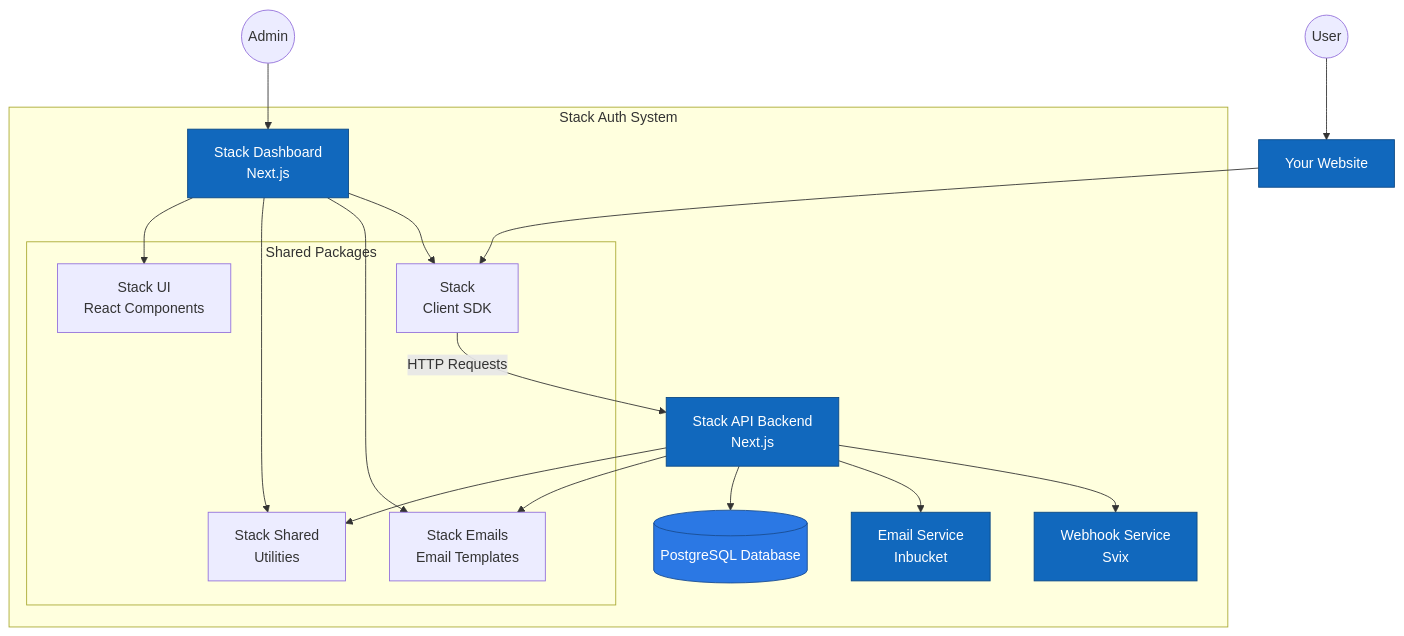
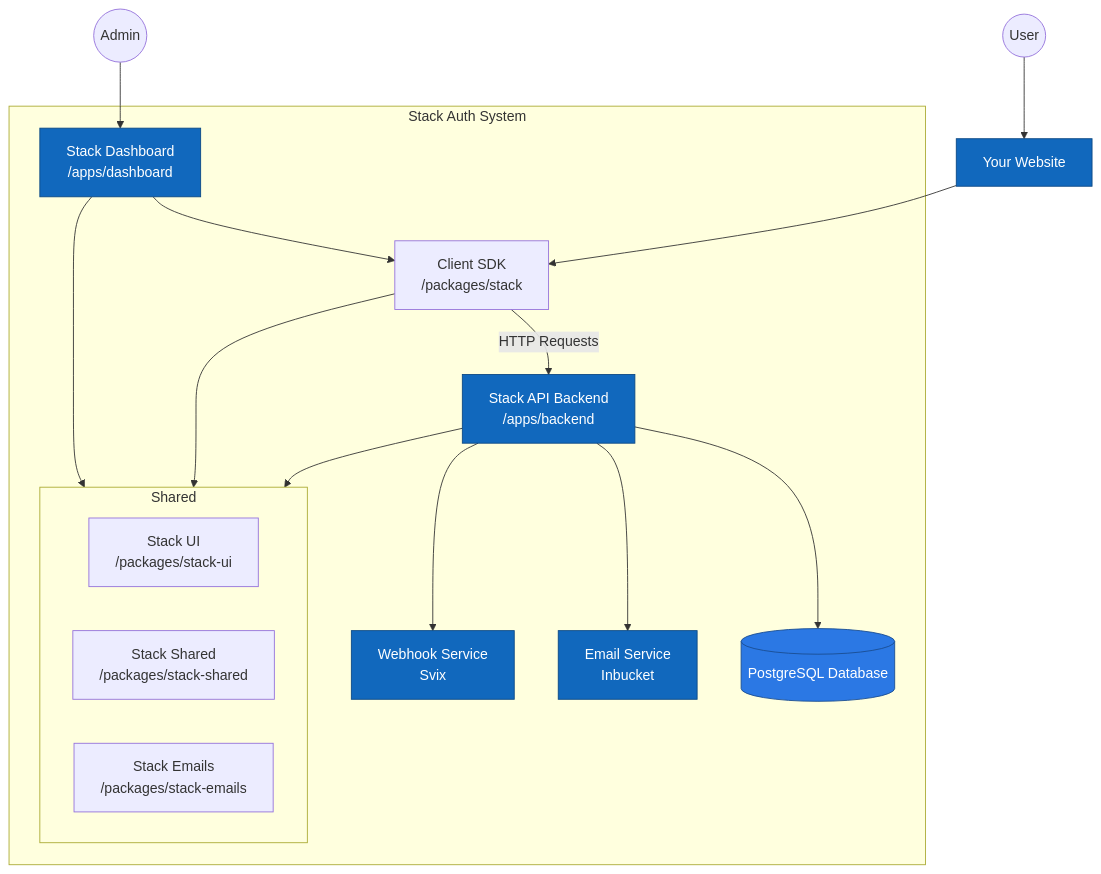
The diagram in README.md (stack-auth/stack), drawn with Mermaid before and after one commit.

````diff
--- a/README.md
+++ b/README.md
@@ -150,38 +150,36 @@
 ```mermaid
   graph TB
       Website[Your Website]
       User((User))
       Admin((Admin))
       subgraph "Stack Auth System"
-          Dashboard[Stack Dashboard<br/>Next.js]
-          Backend[Stack API Backend<br/>Next.js]
+          Dashboard[Stack Dashboard<br/>/apps/dashboard]
+          Backend[Stack API Backend<br/>/apps/backend]
           Database[(PostgreSQL Database)]
           EmailService[Email Service<br/>Inbucket]
           WebhookService[Webhook Service<br/>Svix]
-          subgraph "Shared Packages"
-              StackSDK[Stack<br/>Client SDK]
-              StackUI[Stack UI<br/>React Components]
-              StackShared[Stack Shared<br/>Utilities]
-              StackEmails[Stack Emails<br/>Email Templates]
+          StackSDK[Client SDK<br/>/packages/stack]
+          subgraph Shared
+              StackUI[Stack UI<br/>/packages/stack-ui]
+              StackShared[Stack Shared<br/>/packages/stack-shared]
+              StackEmails[Stack Emails<br/>/packages/stack-emails]
           end
       end
       Admin --> Dashboard
       User --> Website
       Website --> StackSDK
       Backend --> Database
       Backend --> EmailService
       Backend --> WebhookService
-      Dashboard --> StackUI
-      Dashboard --> StackShared
-      Dashboard --> StackEmails
+      Dashboard --> Shared
       Dashboard --> StackSDK
       StackSDK --HTTP Requests--> Backend
-      Backend --> StackShared
-      Backend --> StackEmails
+      StackSDK --> Shared
+      Backend --> Shared
       classDef container fill:#1168bd,stroke:#0b4884,color:#ffffff
       classDef database fill:#2b78e4,stroke:#1a4d91,color:#ffffff
       classDef external fill:#999999,stroke:#666666,color:#ffffff
       classDef deprecated stroke-dasharray: 5 5
       class Dashboard,Backend,EmailService,WebhookService,Website container
       class Database database
 ```
````
